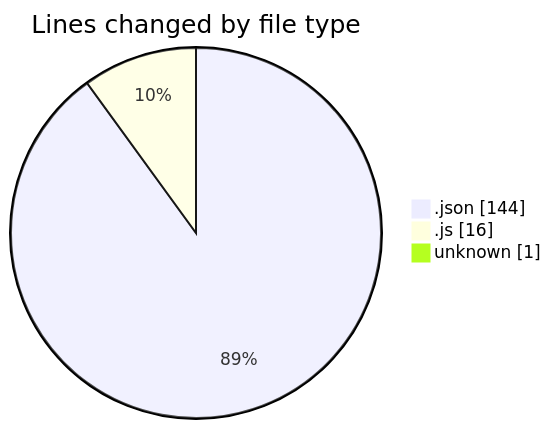
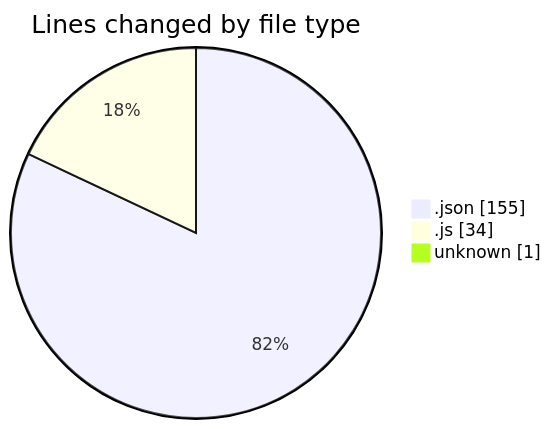
The first of 2 diagrams in 2025-03-09/fakeme/README.md (Elitesun/code-tracking), drawn with Mermaid before and after one commit. The commit also changed other lines of this file and 1 other file, not shown here.

````diff
--- a/2025-03-09/fakeme/README.md
+++ b/2025-03-09/fakeme/README.md
@@ -24,7 +24,7 @@
 ```mermaid
 pie showData
 title Lines changed by file type
-".json" : 144
-".js" : 16
+".json" : 155
+".js" : 34
 "unknown" : 1
 ```
````
